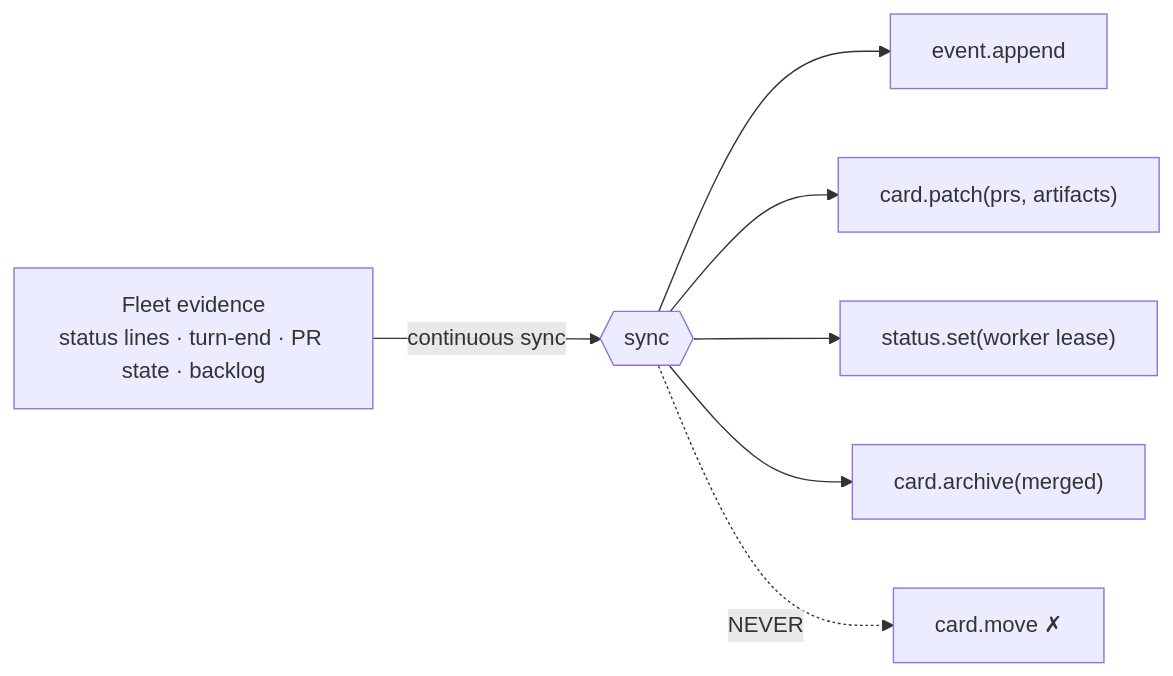
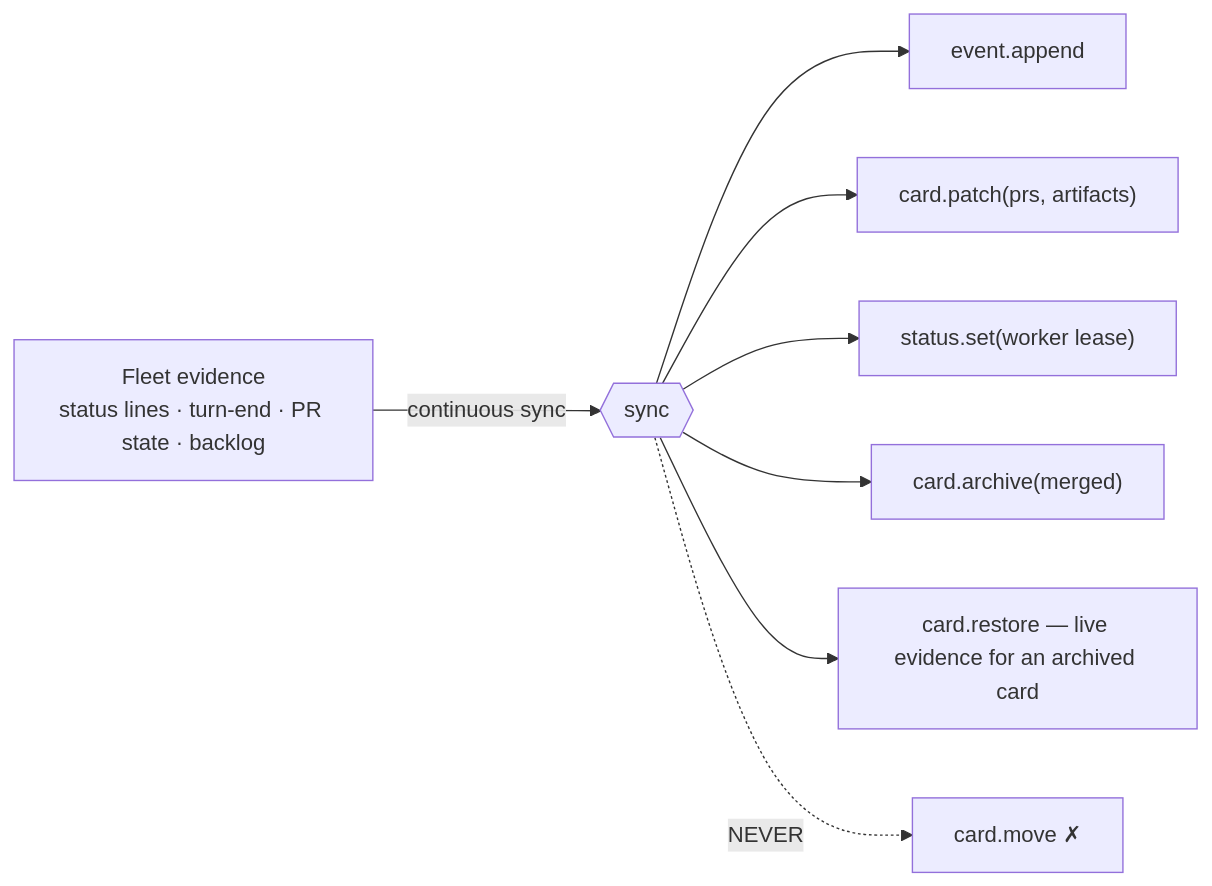
Before and after one commit to tonylampada/claudegoodies: the second of 3 diagrams in skills/fleet-bridge/docs/api/overview.md, drawn with Mermaid. The commit also changed other lines of this file and 3 other files, not shown here.

First line of the commit message:
fleet-bridge: feeder resurrects archived cards on live evidence

````diff
--- a/skills/fleet-bridge/docs/api/overview.md
+++ b/skills/fleet-bridge/docs/api/overview.md
@@ -52,9 +52,10 @@
 ```mermaid
 flowchart LR
   F["Fleet evidence<br/>status lines · turn-end · PR state · backlog"] -->|continuous sync| S{{sync}}
   S --> E["event.append"]
   S --> P["card.patch(prs, artifacts)"]
   S --> W["status.set(worker lease)"]
   S --> M["card.archive(merged)"]
+  S --> R["card.restore — live evidence for an archived card"]
   S -.->|NEVER| X["card.move ✗"]
 ```
````
